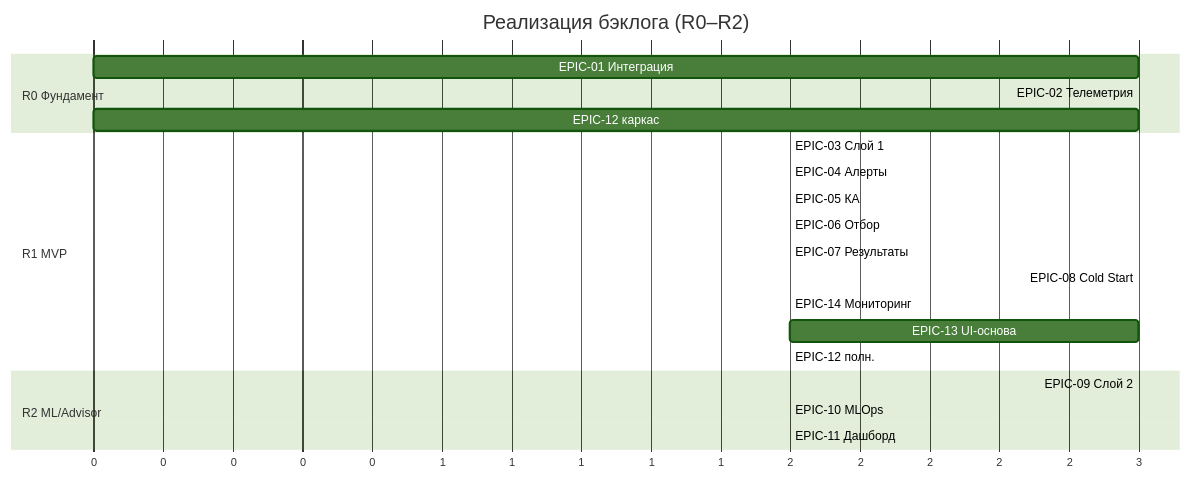
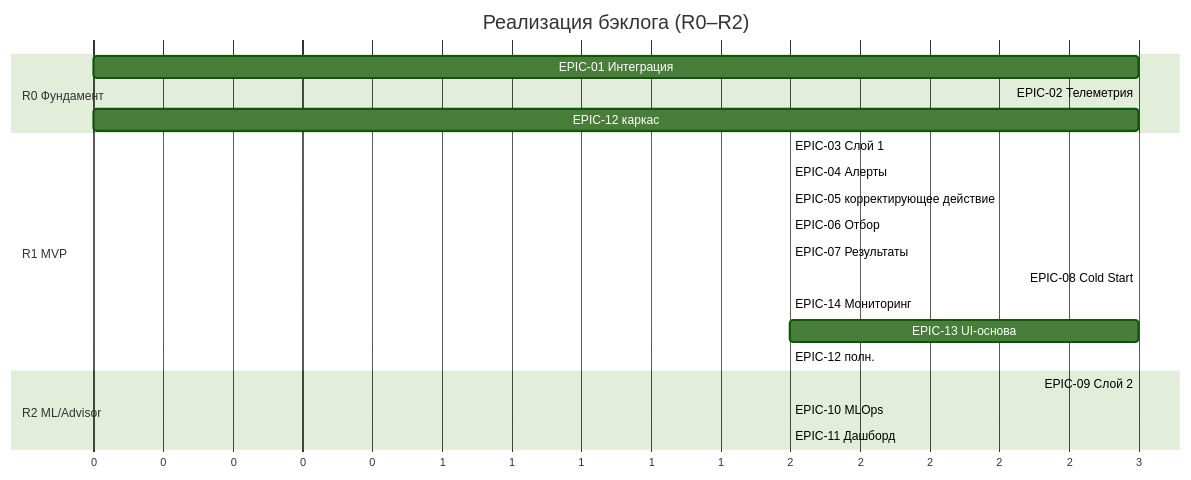
Before and after one commit to igorvolk1961/water_checker: the diagram in docs/system_analysis/plans/backlog_implementation_plan.md, drawn with Mermaid (forest theme). The commit also changed other lines of this file and 36 other files, not shown here.

Commit message:
Terminology (variant A): use full term 'корректирующее действие' in prose; Latin prefix CA for identifiers/tasks

````diff
--- a/docs/system_analysis/plans/backlog_implementation_plan.md
+++ b/docs/system_analysis/plans/backlog_implementation_plan.md
@@ -193,24 +193,24 @@
 ```mermaid
 gantt
     title Реализация бэклога (R0–R2)
     dateFormat X
     axisFormat %s
     section R0 Фундамент
     EPIC-01 Интеграция      :e1, 0, 3
     EPIC-02 Телеметрия      :e2, after e1, 3
     EPIC-12 каркас          :e12a, 0, 3
     section R1 MVP
     EPIC-03 Слой 1          :e3, after e2, 2
     EPIC-04 Алерты          :e4, after e3, 2
-    EPIC-05 КА              :e5, after e4, 2
+    EPIC-05 корректирующее действие              :e5, after e4, 2
     EPIC-06 Отбор           :e6, after e4, 2
     EPIC-07 Результаты      :e7, after e1, 2
     EPIC-08 Cold Start      :e8, after e2, 3
     EPIC-14 Мониторинг      :e14, after e2, 2
     EPIC-13 UI-основа       :e13, after e4, 3
     EPIC-12 полн.          :e12, after e8, 2
     section R2 ML/Advisor
     EPIC-09 Слой 2          :e9, after e8, 3
     EPIC-10 MLOps           :e10, after e9, 2
     EPIC-11 Дашборд         :e11, after e9, 2
 ```
````
